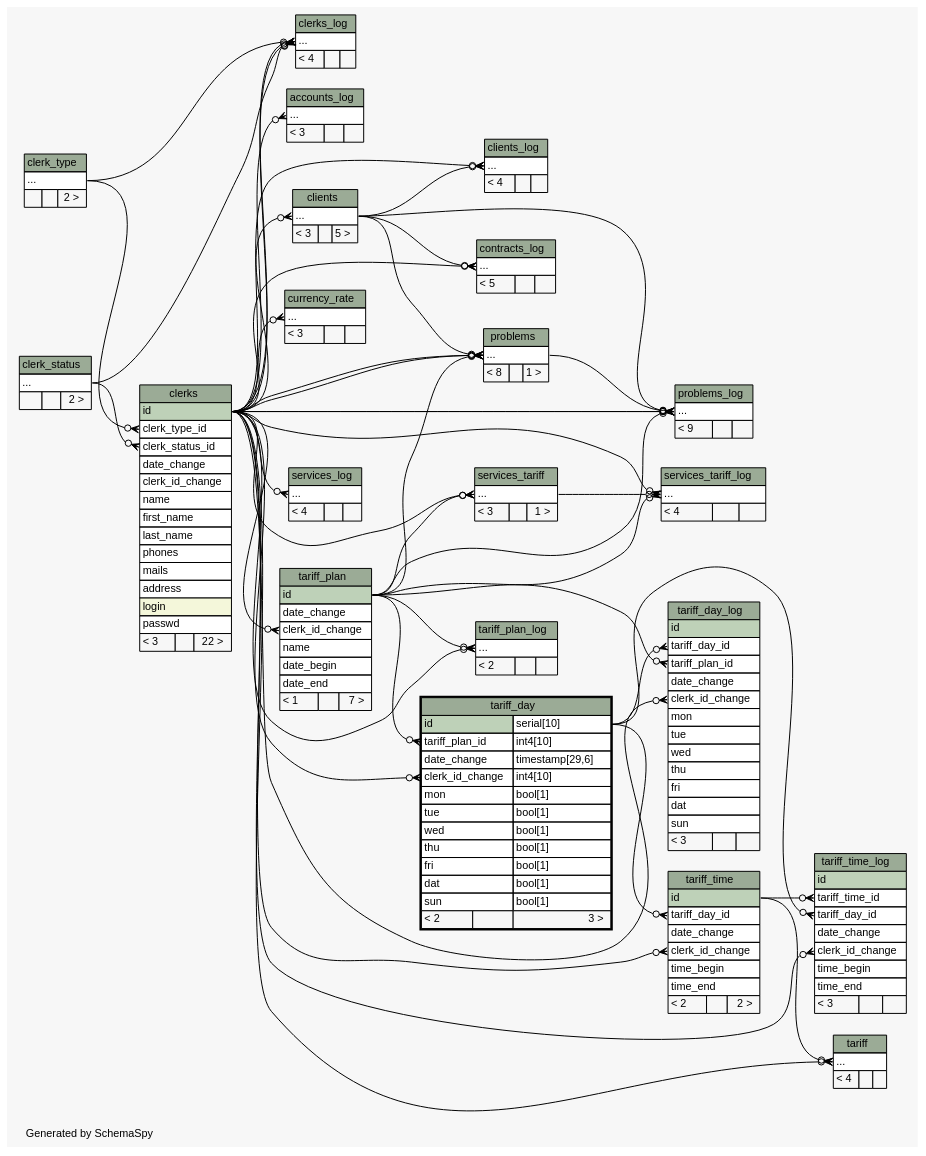
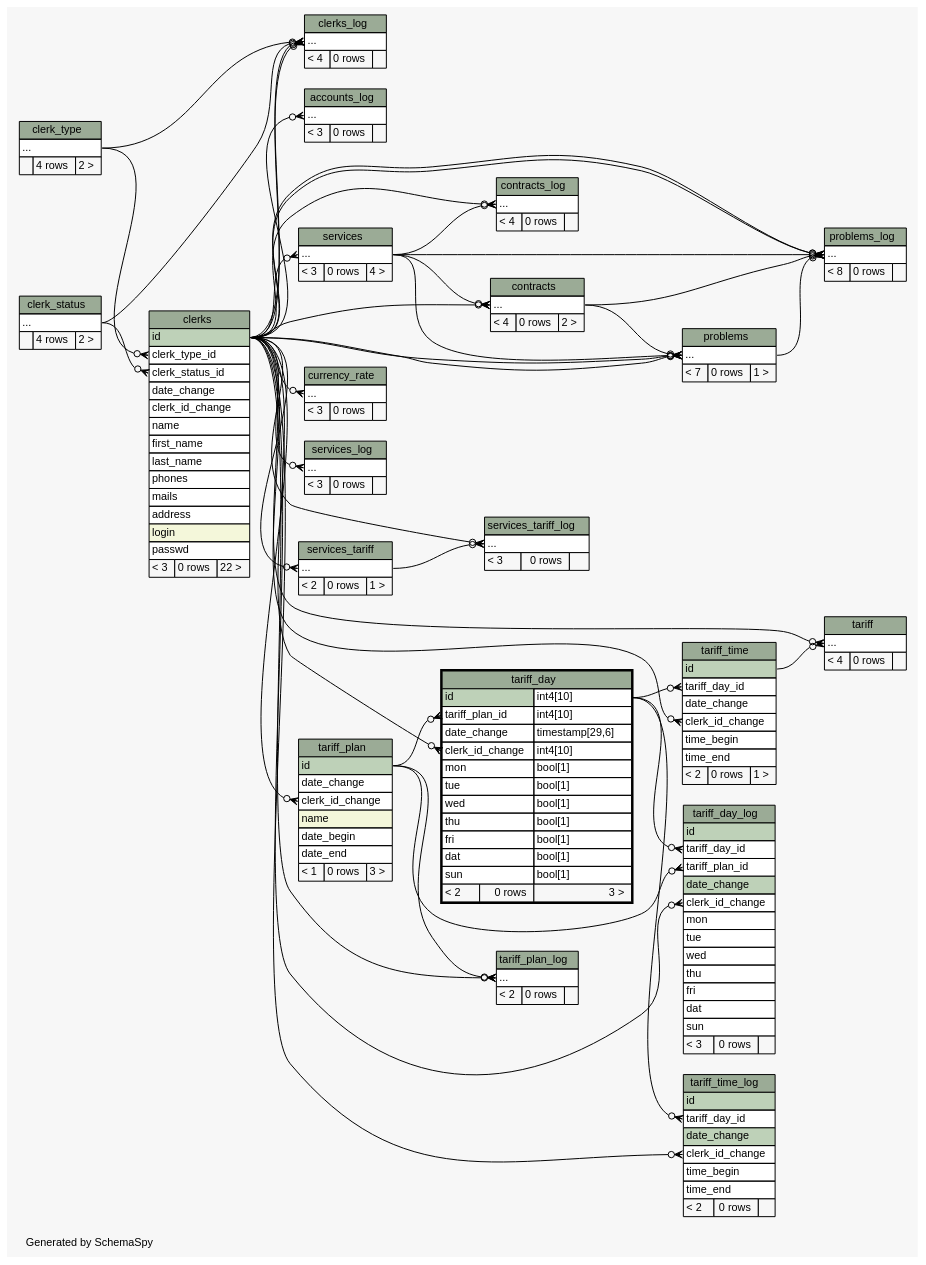
Before and after one commit to okharch/avox: the diagram in db_schema/diagrams/tariff_day.2degrees.dot, drawn with Graphviz. The commit also changed 391 other files, not shown here.

```diff
--- a/db_schema/diagrams/tariff_day.2degrees.dot
+++ b/db_schema/diagrams/tariff_day.2degrees.dot
@@ -26,27 +26,25 @@
   "clerks_log":"elipses":w -> "clerks":"id":e [arrowhead=none dir=back arrowtail=crowodot];
   "clerks_log":"elipses":w -> "clerk_status":"elipses":e [arrowhead=none dir=back arrowtail=crowodot];
   "clerks_log":"elipses":w -> "clerk_type":"elipses":e [arrowhead=none dir=back arrowtail=crowodot];
-  "clients":"elipses":w -> "clerks":"id":e [arrowhead=none dir=back arrowtail=crowodot];
-  "clients_log":"elipses":w -> "clerks":"id":e [arrowhead=none dir=back arrowtail=crowodot];
-  "clients_log":"elipses":w -> "clients":"elipses":e [arrowhead=none dir=back arrowtail=crowodot];
+  "contracts":"elipses":w -> "clerks":"id":e [arrowhead=none dir=back arrowtail=crowodot];
+  "contracts":"elipses":w -> "services":"elipses":e [arrowhead=none dir=back arrowtail=crowodot];
   "contracts_log":"elipses":w -> "clerks":"id":e [arrowhead=none dir=back arrowtail=crowodot];
-  "contracts_log":"elipses":w -> "clients":"elipses":e [arrowhead=none dir=back arrowtail=crowodot];
+  "contracts_log":"elipses":w -> "services":"elipses":e [arrowhead=none dir=back arrowtail=crowodot];
   "currency_rate":"elipses":w -> "clerks":"id":e [arrowhead=none dir=back arrowtail=crowodot];
   "problems":"elipses":w -> "clerks":"id":e [arrowhead=none dir=back arrowtail=crowodot];
   "problems":"elipses":w -> "clerks":"id":e [arrowhead=none dir=back arrowtail=crowodot];
-  "problems":"elipses":w -> "clients":"elipses":e [arrowhead=none dir=back arrowtail=crowodot];
-  "problems":"elipses":w -> "tariff_plan":"id":e [arrowhead=none dir=back arrowtail=crowodot];
+  "problems":"elipses":w -> "contracts":"elipses":e [arrowhead=none dir=back arrowtail=crowodot];
+  "problems":"elipses":w -> "services":"elipses":e [arrowhead=none dir=back arrowtail=crowodot];
   "problems_log":"elipses":w -> "clerks":"id":e [arrowhead=none dir=back arrowtail=crowodot];
   "problems_log":"elipses":w -> "clerks":"id":e [arrowhead=none dir=back arrowtail=crowodot];
-  "problems_log":"elipses":w -> "clients":"elipses":e [arrowhead=none dir=back arrowtail=crowodot];
+  "problems_log":"elipses":w -> "contracts":"elipses":e [arrowhead=none dir=back arrowtail=crowodot];
   "problems_log":"elipses":w -> "problems":"elipses":e [arrowhead=none dir=back arrowtail=crowodot];
-  "problems_log":"elipses":w -> "tariff_plan":"id":e [arrowhead=none dir=back arrowtail=crowodot];
+  "problems_log":"elipses":w -> "services":"elipses":e [arrowhead=none dir=back arrowtail=crowodot];
+  "services":"elipses":w -> "clerks":"id":e [arrowhead=none dir=back arrowtail=crowodot];
   "services_log":"elipses":w -> "clerks":"id":e [arrowhead=none dir=back arrowtail=crowodot];
   "services_tariff":"elipses":w -> "clerks":"id":e [arrowhead=none dir=back arrowtail=crowodot];
-  "services_tariff":"elipses":w -> "tariff_plan":"id":e [arrowhead=none dir=back arrowtail=crowodot];
   "services_tariff_log":"elipses":w -> "clerks":"id":e [arrowhead=none dir=back arrowtail=crowodot];
   "services_tariff_log":"elipses":w -> "services_tariff":"elipses":e [arrowhead=none dir=back arrowtail=crowodot];
-  "services_tariff_log":"elipses":w -> "tariff_plan":"id":e [arrowhead=none dir=back arrowtail=crowodot];
   "tariff":"elipses":w -> "clerks":"id":e [arrowhead=none dir=back arrowtail=crowodot];
   "tariff":"elipses":w -> "tariff_time":"id":e [arrowhead=none dir=back arrowtail=crowodot];
   "tariff_day":"clerk_id_change":w -> "clerks":"id":e [arrowhead=none dir=back arrowtail=crowodot];
@@ -61,13 +59,12 @@
   "tariff_time":"tariff_day_id":w -> "tariff_day":"id.type":e [arrowhead=none dir=back arrowtail=crowodot];
   "tariff_time_log":"clerk_id_change":w -> "clerks":"id":e [arrowhead=none dir=back arrowtail=crowodot];
   "tariff_time_log":"tariff_day_id":w -> "tariff_day":"id.type":e [arrowhead=none dir=back arrowtail=crowodot];
-  "tariff_time_log":"tariff_time_id":w -> "tariff_time":"id":e [arrowhead=none dir=back arrowtail=crowodot];
   "accounts_log" [
     label=<
     <TABLE BORDER="0" CELLBORDER="1" CELLSPACING="0" BGCOLOR="#ffffff">
       <TR><TD COLSPAN="3" BGCOLOR="#9bab96" ALIGN="CENTER">accounts_log</TD></TR>
       <TR><TD PORT="elipses" COLSPAN="3" ALIGN="LEFT">...</TD></TR>
-      <TR><TD ALIGN="LEFT" BGCOLOR="#f7f7f7">&lt; 3</TD><TD ALIGN="RIGHT" BGCOLOR="#f7f7f7">  </TD><TD ALIGN="RIGHT" BGCOLOR="#f7f7f7">  </TD></TR>
+      <TR><TD ALIGN="LEFT" BGCOLOR="#f7f7f7">&lt; 3</TD><TD ALIGN="RIGHT" BGCOLOR="#f7f7f7">0 rows</TD><TD ALIGN="RIGHT" BGCOLOR="#f7f7f7">  </TD></TR>
     </TABLE>>
     URL="accounts_log.html"
     tooltip="accounts_log"
@@ -77,7 +74,7 @@
     <TABLE BORDER="0" CELLBORDER="1" CELLSPACING="0" BGCOLOR="#ffffff">
       <TR><TD COLSPAN="3" BGCOLOR="#9bab96" ALIGN="CENTER">clerk_status</TD></TR>
       <TR><TD PORT="elipses" COLSPAN="3" ALIGN="LEFT">...</TD></TR>
-      <TR><TD ALIGN="LEFT" BGCOLOR="#f7f7f7">  </TD><TD ALIGN="RIGHT" BGCOLOR="#f7f7f7">  </TD><TD ALIGN="RIGHT" BGCOLOR="#f7f7f7">2 &gt;</TD></TR>
+      <TR><TD ALIGN="LEFT" BGCOLOR="#f7f7f7">  </TD><TD ALIGN="RIGHT" BGCOLOR="#f7f7f7">4 rows</TD><TD ALIGN="RIGHT" BGCOLOR="#f7f7f7">2 &gt;</TD></TR>
     </TABLE>>
     URL="clerk_status.html"
     tooltip="clerk_status"
@@ -87,7 +84,7 @@
     <TABLE BORDER="0" CELLBORDER="1" CELLSPACING="0" BGCOLOR="#ffffff">
       <TR><TD COLSPAN="3" BGCOLOR="#9bab96" ALIGN="CENTER">clerk_type</TD></TR>
       <TR><TD PORT="elipses" COLSPAN="3" ALIGN="LEFT">...</TD></TR>
-      <TR><TD ALIGN="LEFT" BGCOLOR="#f7f7f7">  </TD><TD ALIGN="RIGHT" BGCOLOR="#f7f7f7">  </TD><TD ALIGN="RIGHT" BGCOLOR="#f7f7f7">2 &gt;</TD></TR>
+      <TR><TD ALIGN="LEFT" BGCOLOR="#f7f7f7">  </TD><TD ALIGN="RIGHT" BGCOLOR="#f7f7f7">4 rows</TD><TD ALIGN="RIGHT" BGCOLOR="#f7f7f7">2 &gt;</TD></TR>
     </TABLE>>
     URL="clerk_type.html"
     tooltip="clerk_type"
@@ -109,7 +106,7 @@
       <TR><TD PORT="address" COLSPAN="3" ALIGN="LEFT">address</TD></TR>
       <TR><TD PORT="login" COLSPAN="3" BGCOLOR="#f4f7da" ALIGN="LEFT">login</TD></TR>
       <TR><TD PORT="passwd" COLSPAN="3" ALIGN="LEFT">passwd</TD></TR>
-      <TR><TD ALIGN="LEFT" BGCOLOR="#f7f7f7">&lt; 3</TD><TD ALIGN="RIGHT" BGCOLOR="#f7f7f7">  </TD><TD ALIGN="RIGHT" BGCOLOR="#f7f7f7">22 &gt;</TD></TR>
+      <TR><TD ALIGN="LEFT" BGCOLOR="#f7f7f7">&lt; 3</TD><TD ALIGN="RIGHT" BGCOLOR="#f7f7f7">0 rows</TD><TD ALIGN="RIGHT" BGCOLOR="#f7f7f7">22 &gt;</TD></TR>
     </TABLE>>
     URL="clerks.html"
     tooltip="clerks"
@@ -119,37 +116,27 @@
     <TABLE BORDER="0" CELLBORDER="1" CELLSPACING="0" BGCOLOR="#ffffff">
       <TR><TD COLSPAN="3" BGCOLOR="#9bab96" ALIGN="CENTER">clerks_log</TD></TR>
       <TR><TD PORT="elipses" COLSPAN="3" ALIGN="LEFT">...</TD></TR>
-      <TR><TD ALIGN="LEFT" BGCOLOR="#f7f7f7">&lt; 4</TD><TD ALIGN="RIGHT" BGCOLOR="#f7f7f7">  </TD><TD ALIGN="RIGHT" BGCOLOR="#f7f7f7">  </TD></TR>
+      <TR><TD ALIGN="LEFT" BGCOLOR="#f7f7f7">&lt; 4</TD><TD ALIGN="RIGHT" BGCOLOR="#f7f7f7">0 rows</TD><TD ALIGN="RIGHT" BGCOLOR="#f7f7f7">  </TD></TR>
     </TABLE>>
     URL="clerks_log.html"
     tooltip="clerks_log"
   ];
-  "clients" [
+  "contracts" [
     label=<
     <TABLE BORDER="0" CELLBORDER="1" CELLSPACING="0" BGCOLOR="#ffffff">
-      <TR><TD COLSPAN="3" BGCOLOR="#9bab96" ALIGN="CENTER">clients</TD></TR>
+      <TR><TD COLSPAN="3" BGCOLOR="#9bab96" ALIGN="CENTER">contracts</TD></TR>
       <TR><TD PORT="elipses" COLSPAN="3" ALIGN="LEFT">...</TD></TR>
-      <TR><TD ALIGN="LEFT" BGCOLOR="#f7f7f7">&lt; 3</TD><TD ALIGN="RIGHT" BGCOLOR="#f7f7f7">  </TD><TD ALIGN="RIGHT" BGCOLOR="#f7f7f7">5 &gt;</TD></TR>
+      <TR><TD ALIGN="LEFT" BGCOLOR="#f7f7f7">&lt; 4</TD><TD ALIGN="RIGHT" BGCOLOR="#f7f7f7">0 rows</TD><TD ALIGN="RIGHT" BGCOLOR="#f7f7f7">2 &gt;</TD></TR>
     </TABLE>>
-    URL="clients.html"
-    tooltip="clients"
-  ];
-  "clients_log" [
-    label=<
-    <TABLE BORDER="0" CELLBORDER="1" CELLSPACING="0" BGCOLOR="#ffffff">
-      <TR><TD COLSPAN="3" BGCOLOR="#9bab96" ALIGN="CENTER">clients_log</TD></TR>
-      <TR><TD PORT="elipses" COLSPAN="3" ALIGN="LEFT">...</TD></TR>
-      <TR><TD ALIGN="LEFT" BGCOLOR="#f7f7f7">&lt; 4</TD><TD ALIGN="RIGHT" BGCOLOR="#f7f7f7">  </TD><TD ALIGN="RIGHT" BGCOLOR="#f7f7f7">  </TD></TR>
-    </TABLE>>
-    URL="clients_log.html"
-    tooltip="clients_log"
+    URL="contracts.html"
+    tooltip="contracts"
   ];
   "contracts_log" [
     label=<
     <TABLE BORDER="0" CELLBORDER="1" CELLSPACING="0" BGCOLOR="#ffffff">
       <TR><TD COLSPAN="3" BGCOLOR="#9bab96" ALIGN="CENTER">contracts_log</TD></TR>
       <TR><TD PORT="elipses" COLSPAN="3" ALIGN="LEFT">...</TD></TR>
-      <TR><TD ALIGN="LEFT" BGCOLOR="#f7f7f7">&lt; 5</TD><TD ALIGN="RIGHT" BGCOLOR="#f7f7f7">  </TD><TD ALIGN="RIGHT" BGCOLOR="#f7f7f7">  </TD></TR>
+      <TR><TD ALIGN="LEFT" BGCOLOR="#f7f7f7">&lt; 4</TD><TD ALIGN="RIGHT" BGCOLOR="#f7f7f7">0 rows</TD><TD ALIGN="RIGHT" BGCOLOR="#f7f7f7">  </TD></TR>
     </TABLE>>
     URL="contracts_log.html"
     tooltip="contracts_log"
@@ -159,7 +146,7 @@
     <TABLE BORDER="0" CELLBORDER="1" CELLSPACING="0" BGCOLOR="#ffffff">
       <TR><TD COLSPAN="3" BGCOLOR="#9bab96" ALIGN="CENTER">currency_rate</TD></TR>
       <TR><TD PORT="elipses" COLSPAN="3" ALIGN="LEFT">...</TD></TR>
-      <TR><TD ALIGN="LEFT" BGCOLOR="#f7f7f7">&lt; 3</TD><TD ALIGN="RIGHT" BGCOLOR="#f7f7f7">  </TD><TD ALIGN="RIGHT" BGCOLOR="#f7f7f7">  </TD></TR>
+      <TR><TD ALIGN="LEFT" BGCOLOR="#f7f7f7">&lt; 3</TD><TD ALIGN="RIGHT" BGCOLOR="#f7f7f7">0 rows</TD><TD ALIGN="RIGHT" BGCOLOR="#f7f7f7">  </TD></TR>
     </TABLE>>
     URL="currency_rate.html"
     tooltip="currency_rate"
@@ -169,7 +156,7 @@
     <TABLE BORDER="0" CELLBORDER="1" CELLSPACING="0" BGCOLOR="#ffffff">
       <TR><TD COLSPAN="3" BGCOLOR="#9bab96" ALIGN="CENTER">problems</TD></TR>
       <TR><TD PORT="elipses" COLSPAN="3" ALIGN="LEFT">...</TD></TR>
-      <TR><TD ALIGN="LEFT" BGCOLOR="#f7f7f7">&lt; 8</TD><TD ALIGN="RIGHT" BGCOLOR="#f7f7f7">  </TD><TD ALIGN="RIGHT" BGCOLOR="#f7f7f7">1 &gt;</TD></TR>
+      <TR><TD ALIGN="LEFT" BGCOLOR="#f7f7f7">&lt; 7</TD><TD ALIGN="RIGHT" BGCOLOR="#f7f7f7">0 rows</TD><TD ALIGN="RIGHT" BGCOLOR="#f7f7f7">1 &gt;</TD></TR>
     </TABLE>>
     URL="problems.html"
     tooltip="problems"
@@ -179,17 +166,27 @@
     <TABLE BORDER="0" CELLBORDER="1" CELLSPACING="0" BGCOLOR="#ffffff">
       <TR><TD COLSPAN="3" BGCOLOR="#9bab96" ALIGN="CENTER">problems_log</TD></TR>
       <TR><TD PORT="elipses" COLSPAN="3" ALIGN="LEFT">...</TD></TR>
-      <TR><TD ALIGN="LEFT" BGCOLOR="#f7f7f7">&lt; 9</TD><TD ALIGN="RIGHT" BGCOLOR="#f7f7f7">  </TD><TD ALIGN="RIGHT" BGCOLOR="#f7f7f7">  </TD></TR>
+      <TR><TD ALIGN="LEFT" BGCOLOR="#f7f7f7">&lt; 8</TD><TD ALIGN="RIGHT" BGCOLOR="#f7f7f7">0 rows</TD><TD ALIGN="RIGHT" BGCOLOR="#f7f7f7">  </TD></TR>
     </TABLE>>
     URL="problems_log.html"
     tooltip="problems_log"
+  ];
+  "services" [
+    label=<
+    <TABLE BORDER="0" CELLBORDER="1" CELLSPACING="0" BGCOLOR="#ffffff">
+      <TR><TD COLSPAN="3" BGCOLOR="#9bab96" ALIGN="CENTER">services</TD></TR>
+      <TR><TD PORT="elipses" COLSPAN="3" ALIGN="LEFT">...</TD></TR>
+      <TR><TD ALIGN="LEFT" BGCOLOR="#f7f7f7">&lt; 3</TD><TD ALIGN="RIGHT" BGCOLOR="#f7f7f7">0 rows</TD><TD ALIGN="RIGHT" BGCOLOR="#f7f7f7">4 &gt;</TD></TR>
+    </TABLE>>
+    URL="services.html"
+    tooltip="services"
   ];
   "services_log" [
     label=<
     <TABLE BORDER="0" CELLBORDER="1" CELLSPACING="0" BGCOLOR="#ffffff">
       <TR><TD COLSPAN="3" BGCOLOR="#9bab96" ALIGN="CENTER">services_log</TD></TR>
       <TR><TD PORT="elipses" COLSPAN="3" ALIGN="LEFT">...</TD></TR>
-      <TR><TD ALIGN="LEFT" BGCOLOR="#f7f7f7">&lt; 4</TD><TD ALIGN="RIGHT" BGCOLOR="#f7f7f7">  </TD><TD ALIGN="RIGHT" BGCOLOR="#f7f7f7">  </TD></TR>
+      <TR><TD ALIGN="LEFT" BGCOLOR="#f7f7f7">&lt; 3</TD><TD ALIGN="RIGHT" BGCOLOR="#f7f7f7">0 rows</TD><TD ALIGN="RIGHT" BGCOLOR="#f7f7f7">  </TD></TR>
     </TABLE>>
     URL="services_log.html"
     tooltip="services_log"
@@ -199,7 +196,7 @@
     <TABLE BORDER="0" CELLBORDER="1" CELLSPACING="0" BGCOLOR="#ffffff">
       <TR><TD COLSPAN="3" BGCOLOR="#9bab96" ALIGN="CENTER">services_tariff</TD></TR>
       <TR><TD PORT="elipses" COLSPAN="3" ALIGN="LEFT">...</TD></TR>
-      <TR><TD ALIGN="LEFT" BGCOLOR="#f7f7f7">&lt; 3</TD><TD ALIGN="RIGHT" BGCOLOR="#f7f7f7">  </TD><TD ALIGN="RIGHT" BGCOLOR="#f7f7f7">1 &gt;</TD></TR>
+      <TR><TD ALIGN="LEFT" BGCOLOR="#f7f7f7">&lt; 2</TD><TD ALIGN="RIGHT" BGCOLOR="#f7f7f7">0 rows</TD><TD ALIGN="RIGHT" BGCOLOR="#f7f7f7">1 &gt;</TD></TR>
     </TABLE>>
     URL="services_tariff.html"
     tooltip="services_tariff"
@@ -209,7 +206,7 @@
     <TABLE BORDER="0" CELLBORDER="1" CELLSPACING="0" BGCOLOR="#ffffff">
       <TR><TD COLSPAN="3" BGCOLOR="#9bab96" ALIGN="CENTER">services_tariff_log</TD></TR>
       <TR><TD PORT="elipses" COLSPAN="3" ALIGN="LEFT">...</TD></TR>
-      <TR><TD ALIGN="LEFT" BGCOLOR="#f7f7f7">&lt; 4</TD><TD ALIGN="RIGHT" BGCOLOR="#f7f7f7">  </TD><TD ALIGN="RIGHT" BGCOLOR="#f7f7f7">  </TD></TR>
+      <TR><TD ALIGN="LEFT" BGCOLOR="#f7f7f7">&lt; 3</TD><TD ALIGN="RIGHT" BGCOLOR="#f7f7f7">0 rows</TD><TD ALIGN="RIGHT" BGCOLOR="#f7f7f7">  </TD></TR>
     </TABLE>>
     URL="services_tariff_log.html"
     tooltip="services_tariff_log"
@@ -219,7 +216,7 @@
     <TABLE BORDER="0" CELLBORDER="1" CELLSPACING="0" BGCOLOR="#ffffff">
       <TR><TD COLSPAN="3" BGCOLOR="#9bab96" ALIGN="CENTER">tariff</TD></TR>
       <TR><TD PORT="elipses" COLSPAN="3" ALIGN="LEFT">...</TD></TR>
-      <TR><TD ALIGN="LEFT" BGCOLOR="#f7f7f7">&lt; 4</TD><TD ALIGN="RIGHT" BGCOLOR="#f7f7f7">  </TD><TD ALIGN="RIGHT" BGCOLOR="#f7f7f7">  </TD></TR>
+      <TR><TD ALIGN="LEFT" BGCOLOR="#f7f7f7">&lt; 4</TD><TD ALIGN="RIGHT" BGCOLOR="#f7f7f7">0 rows</TD><TD ALIGN="RIGHT" BGCOLOR="#f7f7f7">  </TD></TR>
     </TABLE>>
     URL="tariff.html"
     tooltip="tariff"
@@ -228,7 +225,7 @@
     label=<
     <TABLE BORDER="2" CELLBORDER="1" CELLSPACING="0" BGCOLOR="#ffffff">
       <TR><TD COLSPAN="3" BGCOLOR="#9bab96" ALIGN="CENTER">tariff_day</TD></TR>
-      <TR><TD PORT="id" COLSPAN="2" BGCOLOR="#bed1b8" ALIGN="LEFT">id</TD><TD PORT="id.type" ALIGN="LEFT">serial[10]</TD></TR>
+      <TR><TD PORT="id" COLSPAN="2" BGCOLOR="#bed1b8" ALIGN="LEFT">id</TD><TD PORT="id.type" ALIGN="LEFT">int4[10]</TD></TR>
       <TR><TD PORT="tariff_plan_id" COLSPAN="2" ALIGN="LEFT">tariff_plan_id</TD><TD PORT="tariff_plan_id.type" ALIGN="LEFT">int4[10]</TD></TR>
       <TR><TD PORT="date_change" COLSPAN="2" ALIGN="LEFT">date_change</TD><TD PORT="date_change.type" ALIGN="LEFT">timestamp[29,6]</TD></TR>
       <TR><TD PORT="clerk_id_change" COLSPAN="2" ALIGN="LEFT">clerk_id_change</TD><TD PORT="clerk_id_change.type" ALIGN="LEFT">int4[10]</TD></TR>
@@ -239,7 +236,7 @@
       <TR><TD PORT="fri" COLSPAN="2" ALIGN="LEFT">fri</TD><TD PORT="fri.type" ALIGN="LEFT">bool[1]</TD></TR>
       <TR><TD PORT="dat" COLSPAN="2" ALIGN="LEFT">dat</TD><TD PORT="dat.type" ALIGN="LEFT">bool[1]</TD></TR>
       <TR><TD PORT="sun" COLSPAN="2" ALIGN="LEFT">sun</TD><TD PORT="sun.type" ALIGN="LEFT">bool[1]</TD></TR>
-      <TR><TD ALIGN="LEFT" BGCOLOR="#f7f7f7">&lt; 2</TD><TD ALIGN="RIGHT" BGCOLOR="#f7f7f7">  </TD><TD ALIGN="RIGHT" BGCOLOR="#f7f7f7">3 &gt;</TD></TR>
+      <TR><TD ALIGN="LEFT" BGCOLOR="#f7f7f7">&lt; 2</TD><TD ALIGN="RIGHT" BGCOLOR="#f7f7f7">0 rows</TD><TD ALIGN="RIGHT" BGCOLOR="#f7f7f7">3 &gt;</TD></TR>
     </TABLE>>
     URL="tariff_day.html"
     tooltip="tariff_day"
@@ -251,7 +248,7 @@
       <TR><TD PORT="id" COLSPAN="3" BGCOLOR="#bed1b8" ALIGN="LEFT">id</TD></TR>
       <TR><TD PORT="tariff_day_id" COLSPAN="3" ALIGN="LEFT">tariff_day_id</TD></TR>
       <TR><TD PORT="tariff_plan_id" COLSPAN="3" ALIGN="LEFT">tariff_plan_id</TD></TR>
-      <TR><TD PORT="date_change" COLSPAN="3" ALIGN="LEFT">date_change</TD></TR>
+      <TR><TD PORT="date_change" COLSPAN="3" BGCOLOR="#bed1b8" ALIGN="LEFT">date_change</TD></TR>
       <TR><TD PORT="clerk_id_change" COLSPAN="3" ALIGN="LEFT">clerk_id_change</TD></TR>
       <TR><TD PORT="mon" COLSPAN="3" ALIGN="LEFT">mon</TD></TR>
       <TR><TD PORT="tue" COLSPAN="3" ALIGN="LEFT">tue</TD></TR>
@@ -260,7 +257,7 @@
       <TR><TD PORT="fri" COLSPAN="3" ALIGN="LEFT">fri</TD></TR>
       <TR><TD PORT="dat" COLSPAN="3" ALIGN="LEFT">dat</TD></TR>
       <TR><TD PORT="sun" COLSPAN="3" ALIGN="LEFT">sun</TD></TR>
-      <TR><TD ALIGN="LEFT" BGCOLOR="#f7f7f7">&lt; 3</TD><TD ALIGN="RIGHT" BGCOLOR="#f7f7f7">  </TD><TD ALIGN="RIGHT" BGCOLOR="#f7f7f7">  </TD></TR>
+      <TR><TD ALIGN="LEFT" BGCOLOR="#f7f7f7">&lt; 3</TD><TD ALIGN="RIGHT" BGCOLOR="#f7f7f7">0 rows</TD><TD ALIGN="RIGHT" BGCOLOR="#f7f7f7">  </TD></TR>
     </TABLE>>
     URL="tariff_day_log.html"
     tooltip="tariff_day_log"
@@ -272,10 +269,10 @@
       <TR><TD PORT="id" COLSPAN="3" BGCOLOR="#bed1b8" ALIGN="LEFT">id</TD></TR>
       <TR><TD PORT="date_change" COLSPAN="3" ALIGN="LEFT">date_change</TD></TR>
       <TR><TD PORT="clerk_id_change" COLSPAN="3" ALIGN="LEFT">clerk_id_change</TD></TR>
-      <TR><TD PORT="name" COLSPAN="3" ALIGN="LEFT">name</TD></TR>
+      <TR><TD PORT="name" COLSPAN="3" BGCOLOR="#f4f7da" ALIGN="LEFT">name</TD></TR>
       <TR><TD PORT="date_begin" COLSPAN="3" ALIGN="LEFT">date_begin</TD></TR>
       <TR><TD PORT="date_end" COLSPAN="3" ALIGN="LEFT">date_end</TD></TR>
-      <TR><TD ALIGN="LEFT" BGCOLOR="#f7f7f7">&lt; 1</TD><TD ALIGN="RIGHT" BGCOLOR="#f7f7f7">  </TD><TD ALIGN="RIGHT" BGCOLOR="#f7f7f7">7 &gt;</TD></TR>
+      <TR><TD ALIGN="LEFT" BGCOLOR="#f7f7f7">&lt; 1</TD><TD ALIGN="RIGHT" BGCOLOR="#f7f7f7">0 rows</TD><TD ALIGN="RIGHT" BGCOLOR="#f7f7f7">3 &gt;</TD></TR>
     </TABLE>>
     URL="tariff_plan.html"
     tooltip="tariff_plan"
@@ -285,7 +282,7 @@
     <TABLE BORDER="0" CELLBORDER="1" CELLSPACING="0" BGCOLOR="#ffffff">
       <TR><TD COLSPAN="3" BGCOLOR="#9bab96" ALIGN="CENTER">tariff_plan_log</TD></TR>
       <TR><TD PORT="elipses" COLSPAN="3" ALIGN="LEFT">...</TD></TR>
-      <TR><TD ALIGN="LEFT" BGCOLOR="#f7f7f7">&lt; 2</TD><TD ALIGN="RIGHT" BGCOLOR="#f7f7f7">  </TD><TD ALIGN="RIGHT" BGCOLOR="#f7f7f7">  </TD></TR>
+      <TR><TD ALIGN="LEFT" BGCOLOR="#f7f7f7">&lt; 2</TD><TD ALIGN="RIGHT" BGCOLOR="#f7f7f7">0 rows</TD><TD ALIGN="RIGHT" BGCOLOR="#f7f7f7">  </TD></TR>
     </TABLE>>
     URL="tariff_plan_log.html"
     tooltip="tariff_plan_log"
@@ -300,7 +297,7 @@
       <TR><TD PORT="clerk_id_change" COLSPAN="3" ALIGN="LEFT">clerk_id_change</TD></TR>
       <TR><TD PORT="time_begin" COLSPAN="3" ALIGN="LEFT">time_begin</TD></TR>
       <TR><TD PORT="time_end" COLSPAN="3" ALIGN="LEFT">time_end</TD></TR>
-      <TR><TD ALIGN="LEFT" BGCOLOR="#f7f7f7">&lt; 2</TD><TD ALIGN="RIGHT" BGCOLOR="#f7f7f7">  </TD><TD ALIGN="RIGHT" BGCOLOR="#f7f7f7">2 &gt;</TD></TR>
+      <TR><TD ALIGN="LEFT" BGCOLOR="#f7f7f7">&lt; 2</TD><TD ALIGN="RIGHT" BGCOLOR="#f7f7f7">0 rows</TD><TD ALIGN="RIGHT" BGCOLOR="#f7f7f7">1 &gt;</TD></TR>
     </TABLE>>
     URL="tariff_time.html"
     tooltip="tariff_time"
@@ -310,13 +307,12 @@
     <TABLE BORDER="0" CELLBORDER="1" CELLSPACING="0" BGCOLOR="#ffffff">
       <TR><TD COLSPAN="3" BGCOLOR="#9bab96" ALIGN="CENTER">tariff_time_log</TD></TR>
       <TR><TD PORT="id" COLSPAN="3" BGCOLOR="#bed1b8" ALIGN="LEFT">id</TD></TR>
-      <TR><TD PORT="tariff_time_id" COLSPAN="3" ALIGN="LEFT">tariff_time_id</TD></TR>
       <TR><TD PORT="tariff_day_id" COLSPAN="3" ALIGN="LEFT">tariff_day_id</TD></TR>
-      <TR><TD PORT="date_change" COLSPAN="3" ALIGN="LEFT">date_change</TD></TR>
+      <TR><TD PORT="date_change" COLSPAN="3" BGCOLOR="#bed1b8" ALIGN="LEFT">date_change</TD></TR>
       <TR><TD PORT="clerk_id_change" COLSPAN="3" ALIGN="LEFT">clerk_id_change</TD></TR>
       <TR><TD PORT="time_begin" COLSPAN="3" ALIGN="LEFT">time_begin</TD></TR>
       <TR><TD PORT="time_end" COLSPAN="3" ALIGN="LEFT">time_end</TD></TR>
-      <TR><TD ALIGN="LEFT" BGCOLOR="#f7f7f7">&lt; 3</TD><TD ALIGN="RIGHT" BGCOLOR="#f7f7f7">  </TD><TD ALIGN="RIGHT" BGCOLOR="#f7f7f7">  </TD></TR>
+      <TR><TD ALIGN="LEFT" BGCOLOR="#f7f7f7">&lt; 2</TD><TD ALIGN="RIGHT" BGCOLOR="#f7f7f7">0 rows</TD><TD ALIGN="RIGHT" BGCOLOR="#f7f7f7">  </TD></TR>
     </TABLE>>
     URL="tariff_time_log.html"
     tooltip="tariff_time_log"
```
